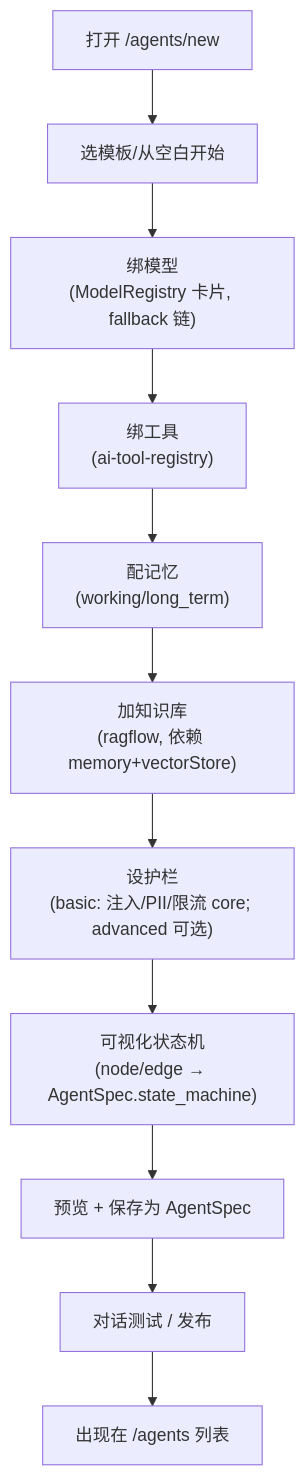
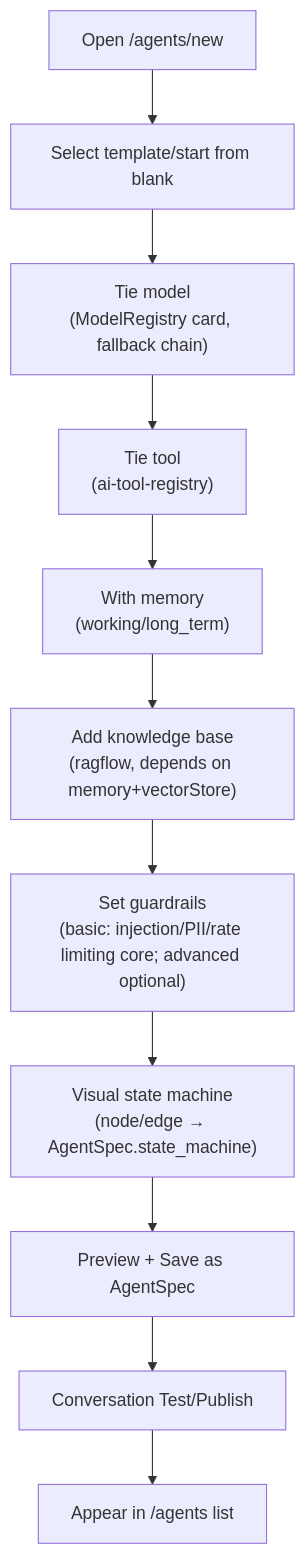
Before and after one commit to open-strata-ai/ai-portal-frontend: the second of 3 diagrams in design/DESIGN.md, drawn with Mermaid. The commit also changed other lines of this file and 9 other files, not shown here.

````diff
--- a/design/DESIGN.md
+++ b/design/DESIGN.md
@@ -104,13 +104,13 @@
 ```mermaid
 flowchart TD
-    A["打开 /agents/new"] --> B["选模板/从空白开始"]
-    B --> C["绑模型<br/>(ModelRegistry 卡片, fallback 链)"]
-    C --> D["绑工具<br/>(ai-tool-registry)"]
-    D --> E["配记忆<br/>(working/long_term)"]
-    E --> F["加知识库<br/>(ragflow, 依赖 memory+vectorStore)"]
-    F --> G["设护栏<br/>(basic: 注入/PII/限流 core; advanced 可选)"]
-    G --> H["可视化状态机<br/>(node/edge → AgentSpec.state_machine)"]
-    H --> I["预览 + 保存为 AgentSpec"]
-    I --> J["对话测试 / 发布"]
-    J --> K["出现在 /agents 列表"]
+    A["Open /agents/new"] --> B["Select template/start from blank"]
+    B --> C["Tie model<br/>(ModelRegistry card, fallback chain)"]
+    C --> D["Tie tool<br/>(ai-tool-registry)"]
+    D --> E["With memory<br/>(working/long_term)"]
+    E --> F["Add knowledge base<br/>(ragflow, depends on memory+vectorStore)"]
+    F --> G["Set guardrails<br/>(basic: injection/PII/rate limiting core; advanced optional)"]
+    G --> H["Visual state machine<br/>(node/edge → AgentSpec.state_machine)"]
+    H --> I["Preview + Save as AgentSpec"]
+    I --> J["Conversation Test/Publish"]
+    J --> K["Appear in /agents list"]
 ```
````
